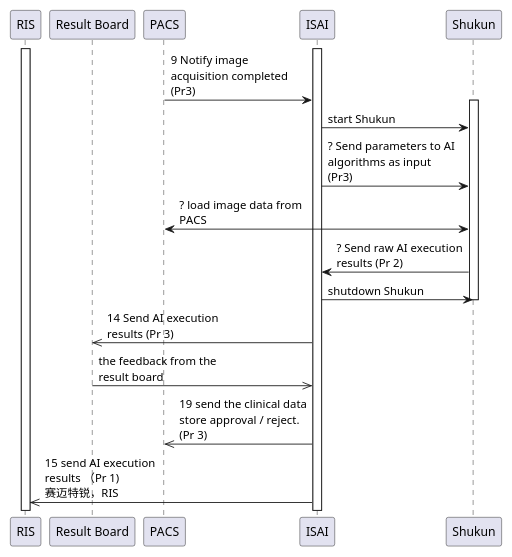
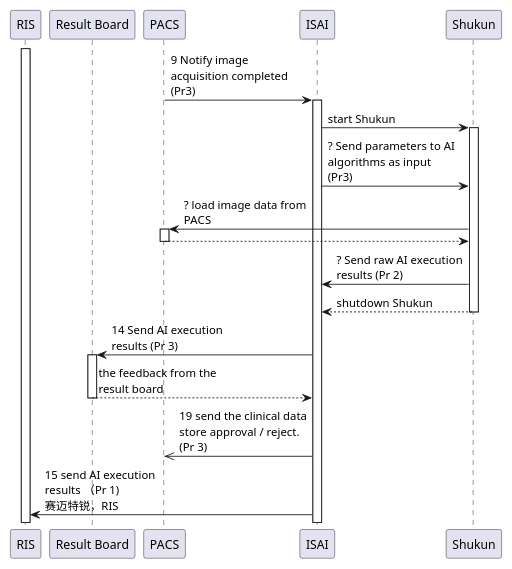
The diagram in input/images-source/uc1-shukun.plantuml (xmiao/AI.interoperability), drawn with PlantUML before and after one commit. The commit also changed 3 other files, not shown here.

```diff
--- a/input/images-source/uc1-shukun.plantuml
+++ b/input/images-source/uc1-shukun.plantuml
@@ -1,26 +1,25 @@
 @startuml
 skinparam maxMessageSize 150
 scale 500 width
 
 participant "RIS" as RIS
 participant "Result Board" as AIR
 participant "PACS" as PACS
 participant "ISAI" as ISAI
 participant "Shukun" as Shukun
 
-activate ISAI
-activate RIS
-PACS -> ISAI: 9 Notify image acquisition completed (Pr3)
-activate Shukun
-ISAI -> Shukun: start Shukun
+RIS++
+PACS -> ISAI++: 9 Notify image acquisition completed (Pr3)
+'activate Shukun
+ISAI -> Shukun++: start Shukun
 ISAI -> Shukun: ? Send parameters to AI algorithms as input (Pr3)
-PACS <-> Shukun: ? load image data from PACS
-Shukun -> ISAI: ? Send raw AI execution results (Pr 2)
-ISAI -> Shukun: shutdown Shukun
-deactivate Shukun
+Shukun-> PACS++: ? load image data from PACS
+return
+Shukun-> ISAI: ? Send raw AI execution results (Pr 2)
+return shutdown Shukun
 
-ISAI->> AIR: 14 Send AI execution results (Pr 3)
-AIR->>  ISAI: the feedback from the result board
+ISAI-> AIR++: 14 Send AI execution results (Pr 3)
+return the feedback from the result board
 ISAI->> PACS: 19 send the clinical data store approval / reject. (Pr 3)
-ISAI->> RIS: 15 send AI execution results （Pr 1) 赛迈特锐，RIS
+ISAI-> RIS: 15 send AI execution results （Pr 1) 赛迈特锐，RIS
 @enduml
```
